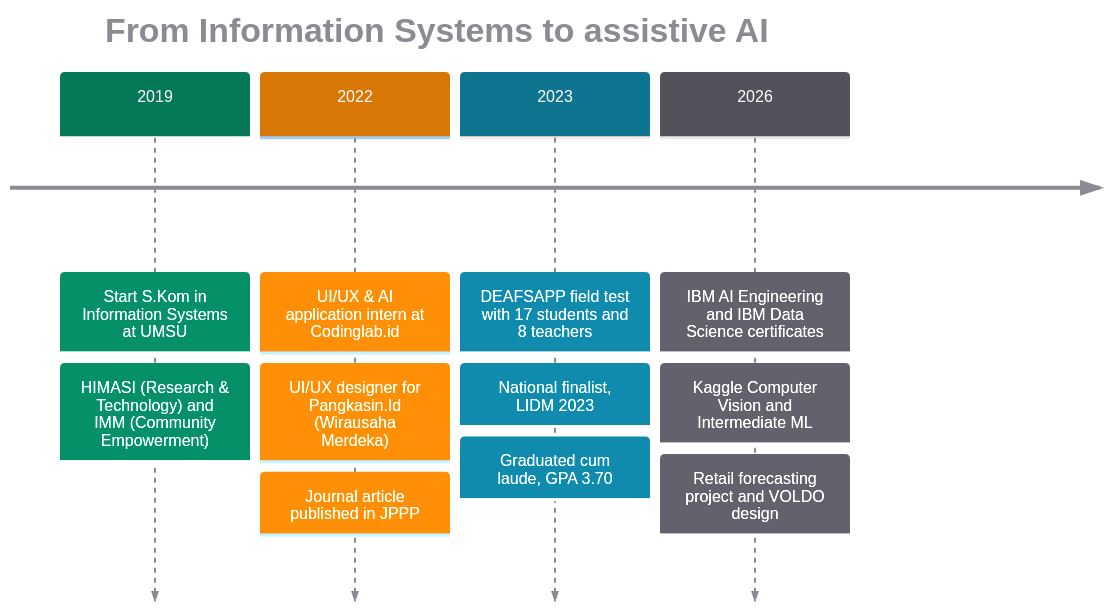
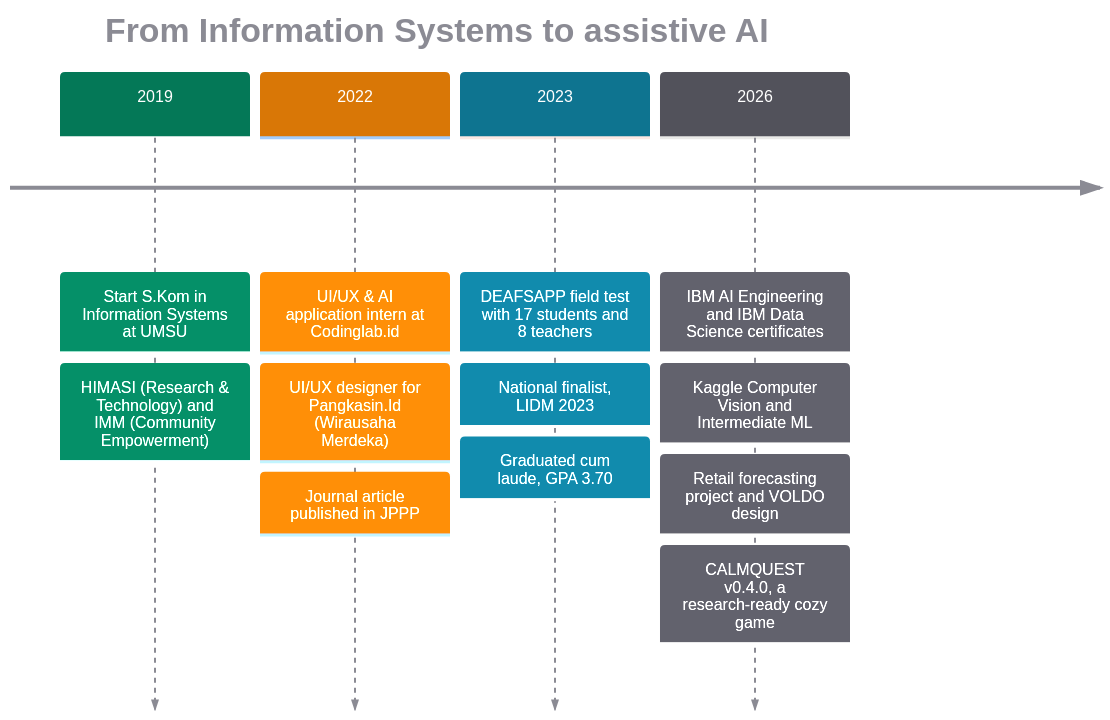
One commit to dkiplikurniawan/portfolio changed the fifth of 6 diagrams in README.md. Above: the diagram before and after it, drawn with Mermaid. The commit also changed other lines of this file and 15 other files, not shown here.

````diff
--- a/README.md
+++ b/README.md
@@ -144,16 +146,17 @@
 ```mermaid
 %%{init: {"theme": "base", "themeVariables": {"cScale0": "#047857", "cScale1": "#D97706", "cScale2": "#0E7490", "cScale3": "#52525B", "cScaleLabel0": "#FFFFFF", "cScaleLabel1": "#FFFFFF", "cScaleLabel2": "#FFFFFF", "cScaleLabel3": "#FFFFFF", "primaryTextColor": "#8B8B94"}}}%%
 timeline
     title From Information Systems to assistive AI
     2019 : Start S.Kom in Information Systems at UMSU
          : HIMASI (Research & Technology) and IMM (Community Empowerment)
     2022 : UI/UX & AI application intern at Codinglab.id
          : UI/UX designer for Pangkasin.Id (Wirausaha Merdeka)
          : Journal article published in JPPP
     2023 : DEAFSAPP field test with 17 students and 8 teachers
          : National finalist, LIDM 2023
          : Graduated cum laude, GPA 3.70
     2026 : IBM AI Engineering and IBM Data Science certificates
          : Kaggle Computer Vision and Intermediate ML
          : Retail forecasting project and VOLDO design
+         : CALMQUEST v0.4.0, a research-ready cozy game
 ```
````
